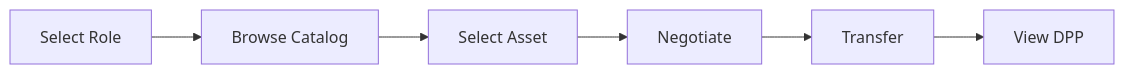
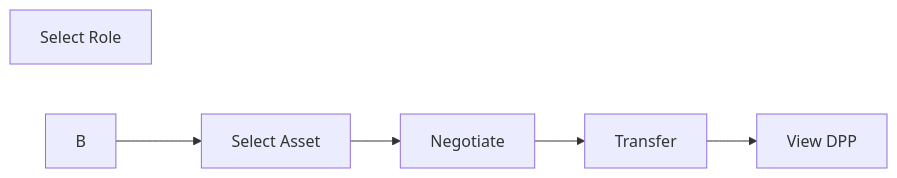
Before and after one commit to ma3u/MinimumViableDataspace: the seventh of 8 diagrams in AEROSPACE-DEMO-README.md, drawn with Mermaid. The commit also changed other lines of this file, not shown here.

Commit message:
docs: Add 2-3 sentence explanations for each Mermaid diagram

````diff
--- a/AEROSPACE-DEMO-README.md
+++ b/AEROSPACE-DEMO-README.md
@@ -532,8 +540,8 @@
 ```mermaid
 flowchart LR
-    A[Select Role] --> B[Browse Catalog]
+    A[Select Role]
     B --> C[Select Asset]
     C --> D[Negotiate]
     D --> E[Transfer]
     E --> F[View DPP]
 ```
````
